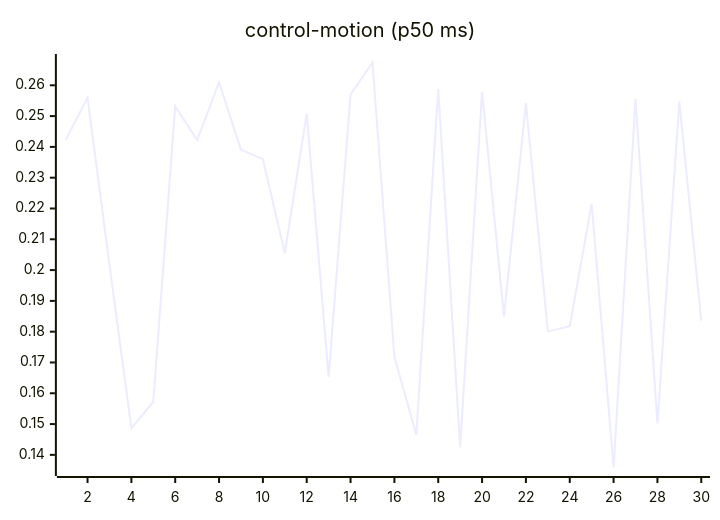
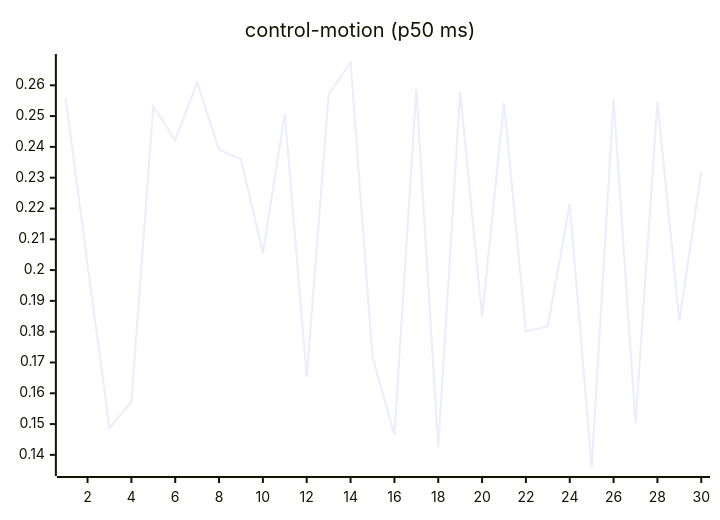
One commit to josha/Facet changed the seventh of 27 diagrams in README.md. Above: the diagram before and after it, drawn with Mermaid. The commit also changed other lines of this file and 2 other files, not shown here.

````diff
--- a/README.md
+++ b/README.md
@@ -105,6 +105,6 @@
 ```mermaid
 xychart-beta
     title "control-motion (p50 ms)"
     x-axis 1 --> 30
-    line [0.2422, 0.2560, 0.2018, 0.1487, 0.1572, 0.2532, 0.2422, 0.2609, 0.2391, 0.2360, 0.2055, 0.2508, 0.1653, 0.2570, 0.2674, 0.1718, 0.1465, 0.2588, 0.1424, 0.2579, 0.1849, 0.2542, 0.1801, 0.1818, 0.2215, 0.1359, 0.2555, 0.1502, 0.2547, 0.1836]
+    line [0.2560, 0.2018, 0.1487, 0.1572, 0.2532, 0.2422, 0.2609, 0.2391, 0.2360, 0.2055, 0.2508, 0.1653, 0.2570, 0.2674, 0.1718, 0.1465, 0.2588, 0.1424, 0.2579, 0.1849, 0.2542, 0.1801, 0.1818, 0.2215, 0.1359, 0.2555, 0.1502, 0.2547, 0.1836, 0.2317]
 ```
````
